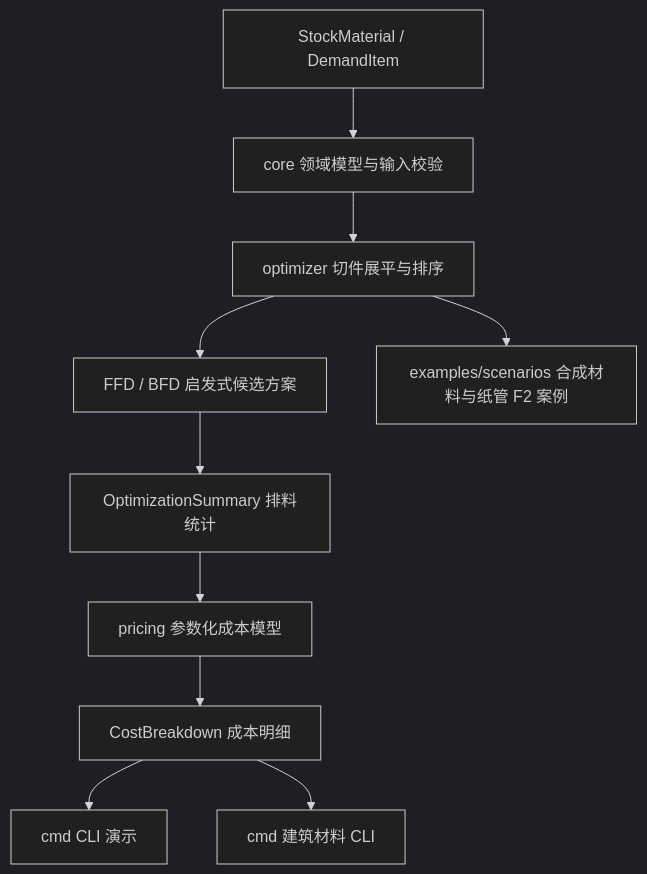
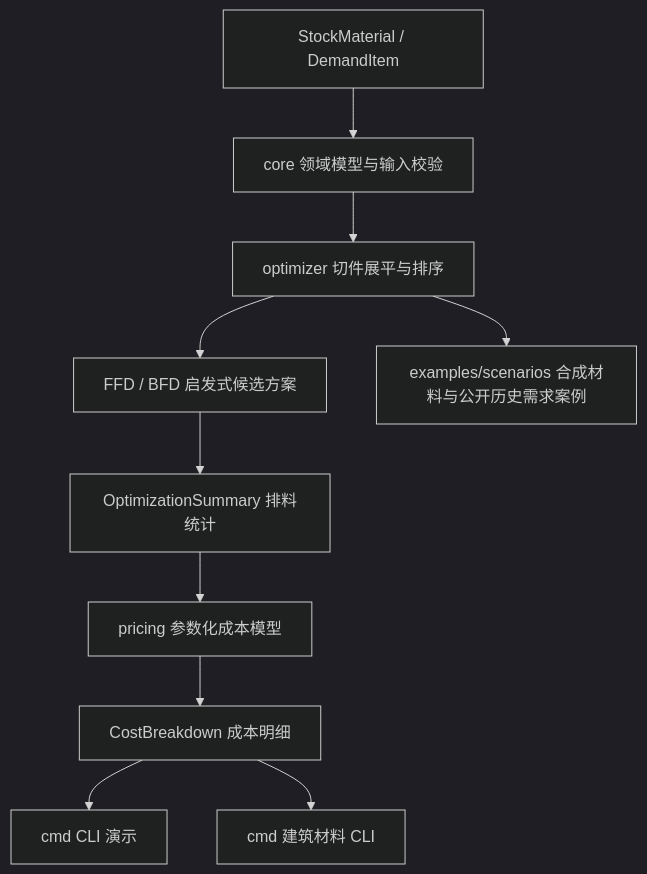
The diagram in docs/project-application.md (Wchwch777/Scantling), drawn with Mermaid (dark theme) before and after one commit. The commit also changed other lines of this file and 8 other files, not shown here.

````diff
--- a/docs/project-application.md
+++ b/docs/project-application.md
@@ -107,12 +110,12 @@
 ```mermaid
 graph TD
     A[StockMaterial / DemandItem] --> B[core 领域模型与输入校验]
     B --> C[optimizer 切件展平与排序]
     C --> D[FFD / BFD 启发式候选方案]
     D --> E[OptimizationSummary 排料统计]
     E --> F[pricing 参数化成本模型]
     F --> G[CostBreakdown 成本明细]
     G --> H[cmd CLI 演示]
     G --> I[cmd 建筑材料 CLI]
-    C --> J[examples/scenarios 合成材料与纸管 F2 案例]
+    C --> J[examples/scenarios 合成材料与公开历史需求案例]
 ```
````
